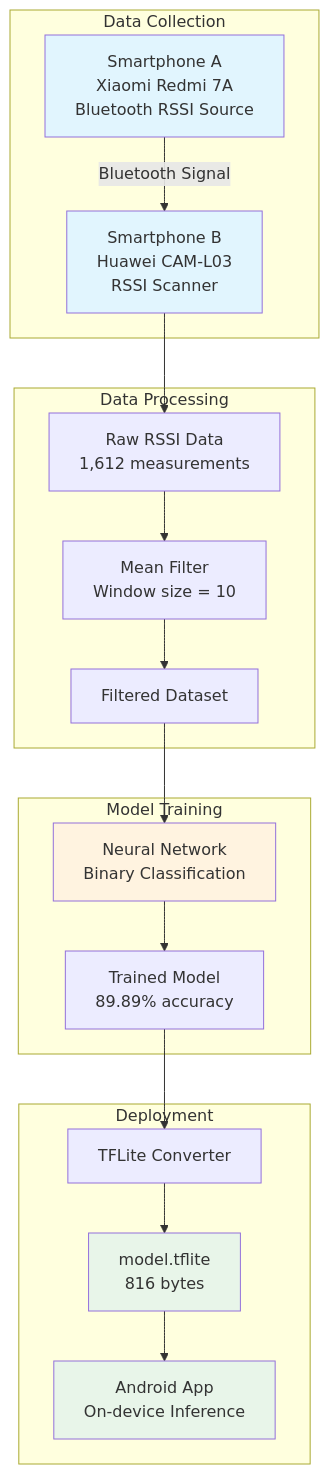
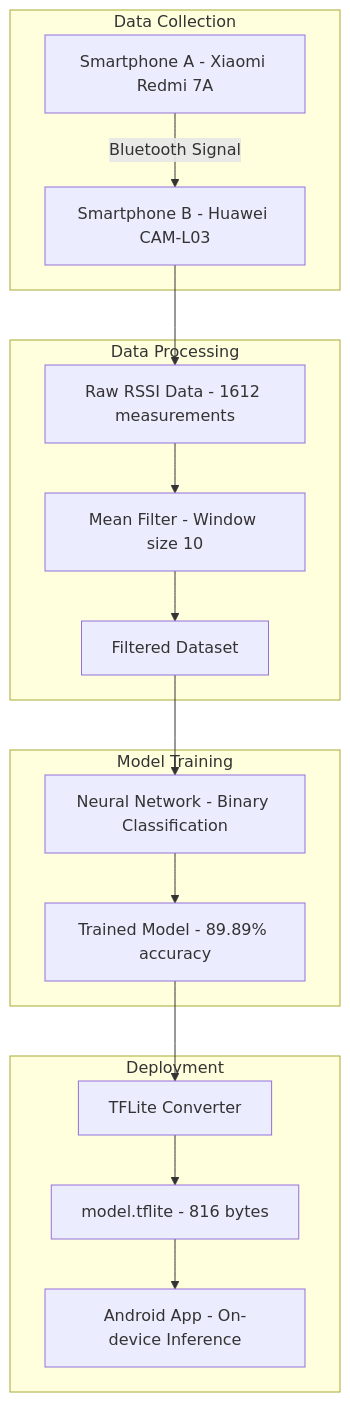
Before and after one commit to alvaro-martin/data-sience-for-covid19: the first of 5 diagrams in README.md, drawn with Mermaid. The commit also changed other lines of this file, not shown here.

Commit message:
fix: repair Mermaid diagrams for GitHub rendering
- Remove <br/> tags from node labels (not supported by GitHub)
- Remove style commands causing layout errors
- Replace xychart-beta with graph LR (not supported on GitHub)

````diff
--- a/README.md
+++ b/README.md
@@ -44,29 +44,23 @@
 ```mermaid
 graph TB
     subgraph "Data Collection"
-        A[Smartphone A<br/>Xiaomi Redmi 7A<br/>Bluetooth RSSI Source] -->|Bluetooth Signal| B[Smartphone B<br/>Huawei CAM-L03<br/>RSSI Scanner]
+        A[Smartphone A - Xiaomi Redmi 7A] -->|Bluetooth Signal| B[Smartphone B - Huawei CAM-L03]
     end
 
     subgraph "Data Processing"
-        B --> C[Raw RSSI Data<br/>1,612 measurements]
-        C --> D[Mean Filter<br/>Window size = 10]
+        B --> C[Raw RSSI Data - 1612 measurements]
+        C --> D[Mean Filter - Window size 10]
         D --> E[Filtered Dataset]
     end
 
     subgraph "Model Training"
-        E --> F[Neural Network<br/>Binary Classification]
-        F --> G[Trained Model<br/>89.89% accuracy]
+        E --> F[Neural Network - Binary Classification]
+        F --> G[Trained Model - 89.89% accuracy]
     end
 
     subgraph "Deployment"
         G --> H[TFLite Converter]
-        H --> I[model.tflite<br/>816 bytes]
-        I --> J[Android App<br/>On-device Inference]
+        H --> I[model.tflite - 816 bytes]
+        I --> J[Android App - On-device Inference]
     end
-
-    style A fill:#e1f5fe
-    style B fill:#e1f5fe
-    style F fill:#fff3e0
-    style I fill:#e8f5e9
-    style J fill:#e8f5e9
 ```
````
